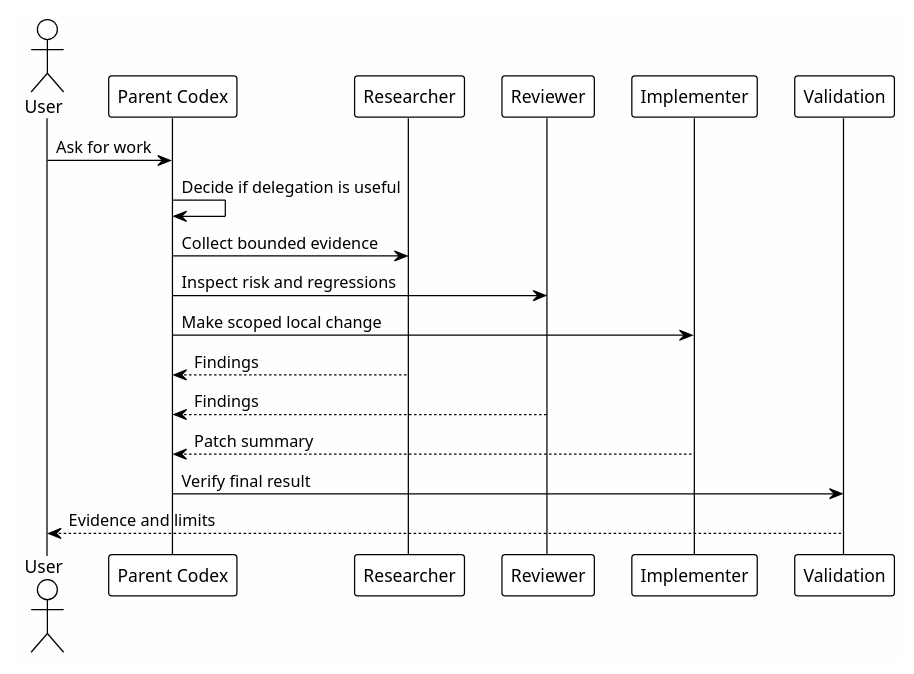
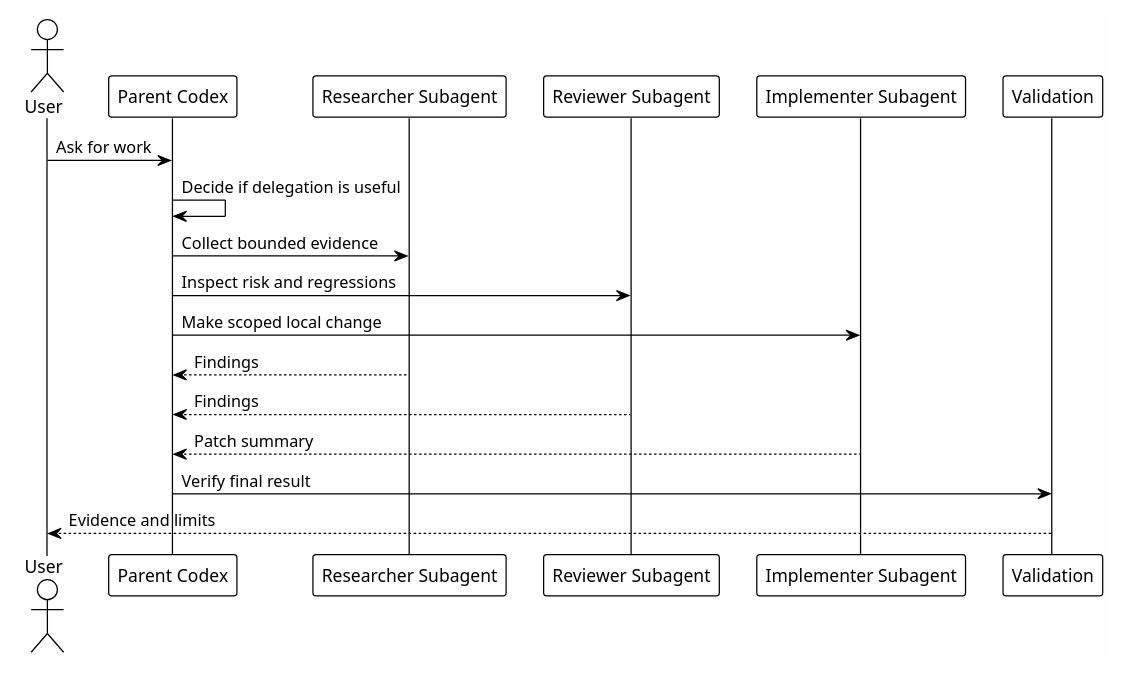
Before and after one commit to ivanhoinacki/codex-workflow-workbook: the diagram in docs/07-agents.md, drawn with PlantUML. The commit also changed other lines of this file and 23 other files, not shown here.

````diff
--- a/docs/07-agents.md
+++ b/docs/07-agents.md
@@ -35,24 +35,24 @@
 ```plantuml
 @startuml
 !theme plain
 skinparam backgroundColor #FEFEFE
 
 actor User
 participant "Parent Codex" as Parent
-participant Researcher
-participant Reviewer
-participant Implementer
+participant "Researcher Subagent" as Researcher
+participant "Reviewer Subagent" as Reviewer
+participant "Implementer Subagent" as Implementer
 participant Validation
 
 User -> Parent: Ask for work
 Parent -> Parent: Decide if delegation is useful
 Parent -> Researcher: Collect bounded evidence
 Parent -> Reviewer: Inspect risk and regressions
 Parent -> Implementer: Make scoped local change
 Researcher --> Parent: Findings
 Reviewer --> Parent: Findings
 Implementer --> Parent: Patch summary
 Parent -> Validation: Verify final result
 Validation --> User: Evidence and limits
 @enduml
 ```
````
